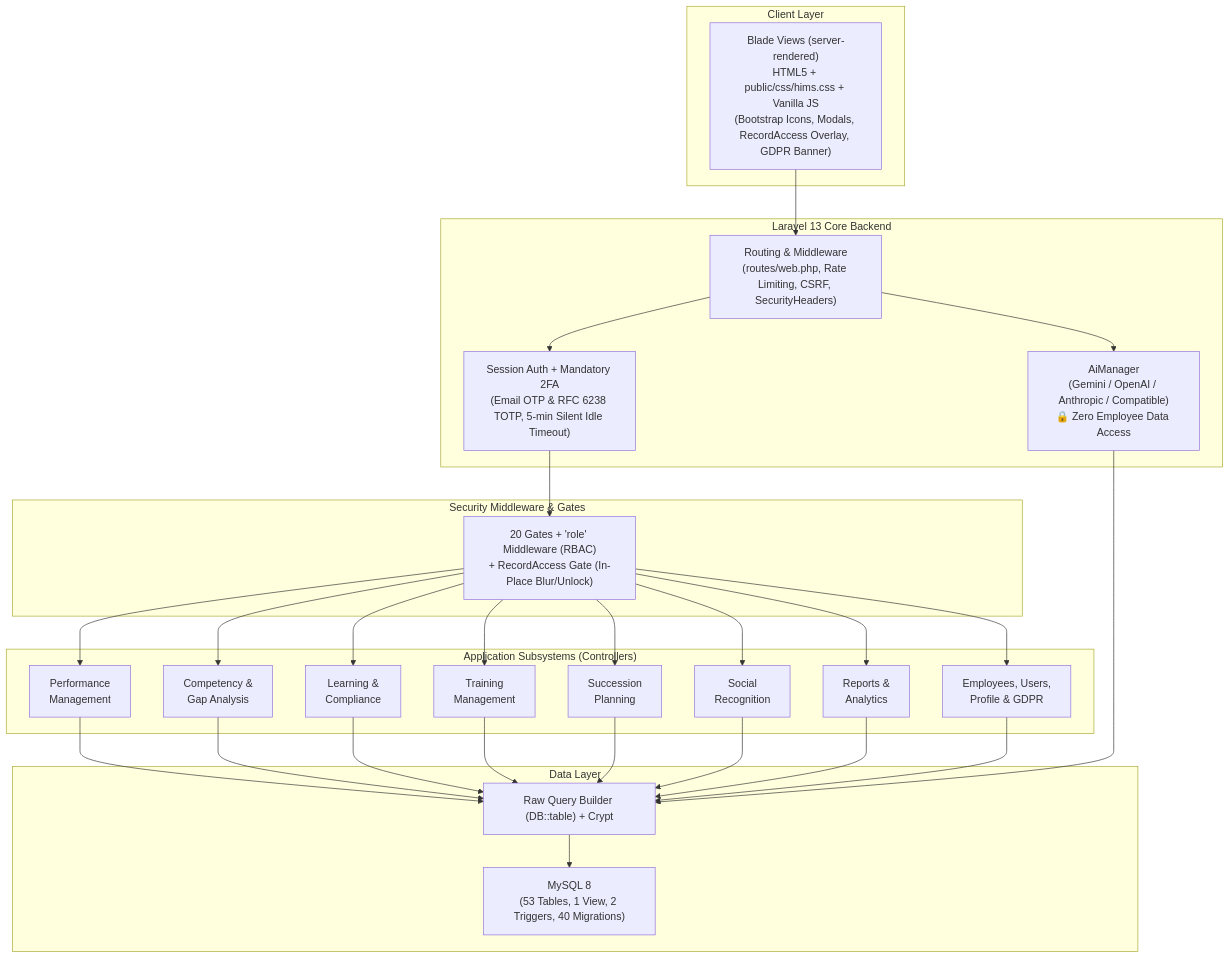
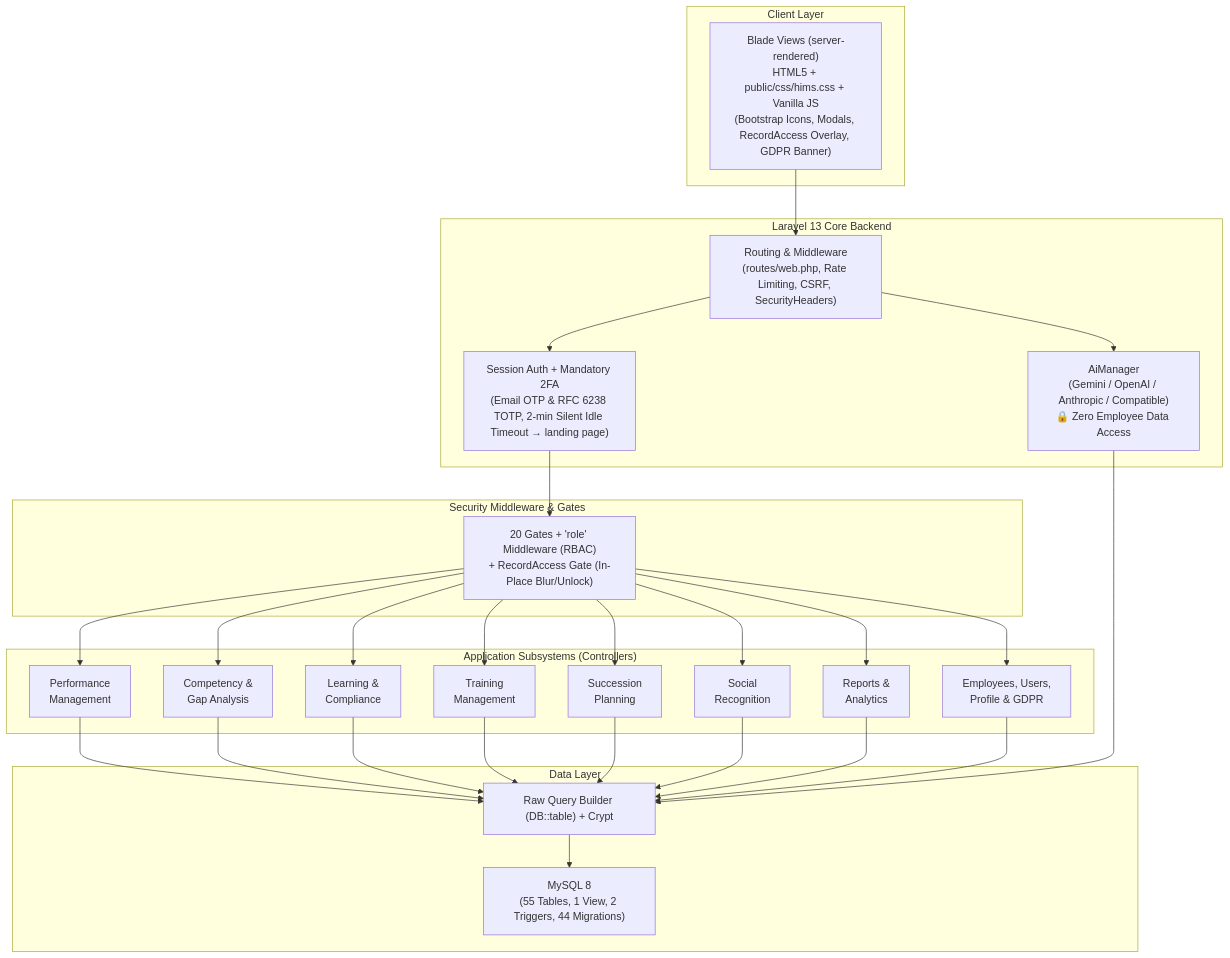
Before and after one commit to shikabane277/HIMS-v2: the first of 3 diagrams in HIMS_SYSTEM_DOCUMENTATION.md, drawn with Mermaid. The commit also changed other lines of this file and 90 other files, not shown here.

First line of the commit message:
feat(hr3): v2.25.0 hospital rollout - landing page, account types, awards, CPD and promotion qualification

````diff
--- a/HIMS_SYSTEM_DOCUMENTATION.md
+++ b/HIMS_SYSTEM_DOCUMENTATION.md
@@ -21,41 +21,41 @@
 ```mermaid
 graph TB
     subgraph "Client Layer"
         SPA["Blade Views (server-rendered)<br/>HTML5 + public/css/hims.css + Vanilla JS<br/>(Bootstrap Icons, Modals, RecordAccess Overlay, GDPR Banner)"]
     end
 
     subgraph "Laravel 13 Core Backend"
         GW["Routing & Middleware<br/>(routes/web.php, Rate Limiting, CSRF, SecurityHeaders)"]
-        AUTH["Session Auth + Mandatory 2FA<br/>(Email OTP & RFC 6238 TOTP, 5-min Silent Idle Timeout)"]
+        AUTH["Session Auth + Mandatory 2FA<br/>(Email OTP & RFC 6238 TOTP, 2-min Silent Idle Timeout → landing page)"]
         INTEG["AiManager<br/>(Gemini / OpenAI / Anthropic / Compatible)<br/>🔒 Zero Employee Data Access"]
     end
 
     subgraph "Application Subsystems (Controllers)"
         PM["Performance<br/>Management"]
         CM["Competency &<br/>Gap Analysis"]
         LM["Learning &<br/>Compliance"]
         TM["Training<br/>Management"]
         SP["Succession<br/>Planning"]
         SR["Social<br/>Recognition"]
         RP["Reports &<br/>Analytics"]
         GD["Employees, Users,<br/>Profile & GDPR"]
     end
 
     subgraph "Data Layer"
         QB["Raw Query Builder (DB::table) + Crypt"]
-        MY["MySQL 8<br/>(53 Tables, 1 View, 2 Triggers, 40 Migrations)"]
+        MY["MySQL 8<br/>(55 Tables, 1 View, 2 Triggers, 44 Migrations)"]
     end
 
     subgraph "Security Middleware & Gates"
         RBAC["20 Gates + 'role' Middleware (RBAC)<br/>+ RecordAccess Gate (In-Place Blur/Unlock)"]
     end
 
     SPA --> GW
     GW --> AUTH
     AUTH --> RBAC
     RBAC --> PM & CM & LM & TM & SP & SR & RP & GD
     GW --> INTEG
     PM & CM & LM & TM & SP & SR & RP & GD --> QB
     INTEG --> QB
     QB --> MY
 ```
````
